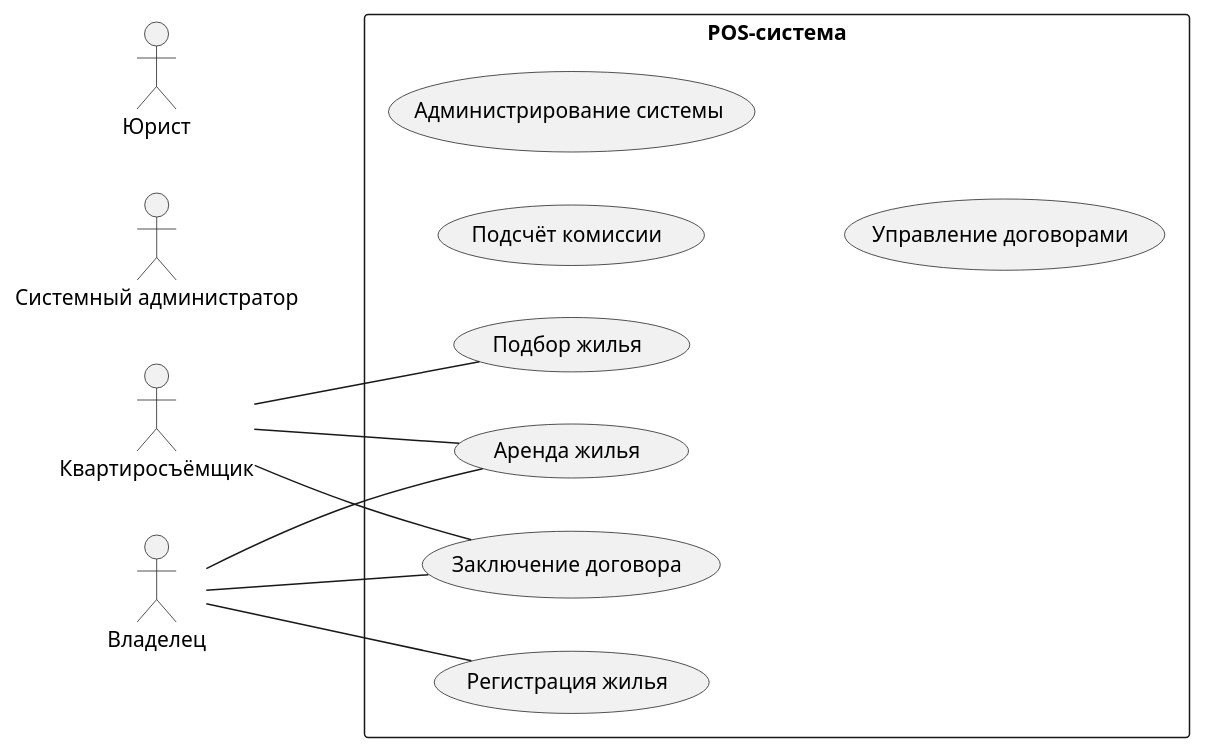
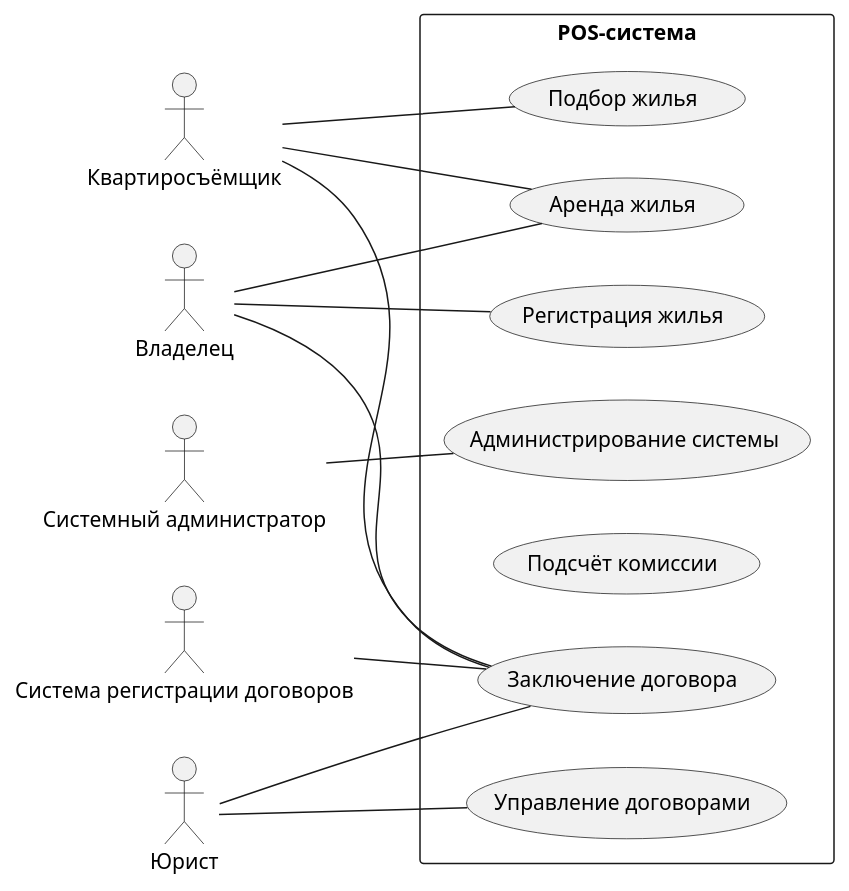
Before and after one commit to penamarth/bsbo-01-22_team4_var8: the diagram in Diagrama_precedent.md, drawn with PlantUML.

Commit message:
Add system-administrator, lawyer, system of registration

````diff
--- a/Diagrama_precedent.md
+++ b/Diagrama_precedent.md
@@ -1,29 +1,35 @@
 ```plantuml
 @startuml
 skinparam packageStyle rect
 left to right direction
 :Квартиросъёмщик:
 :Владелец:
 :Системный администратор:
 :Юрист:
 
 package POS-система {
 (Подбор жилья)
 (Регистрация жилья)
 (Аренда жилья)
 (Заключение договора)
 (Подсчёт комиссии)
 (Администрирование системы)
 (Управление договорами)
 }
 
 :Квартиросъёмщик: -- (Подбор жилья)
 :Квартиросъёмщик: -- (Аренда жилья)
 :Квартиросъёмщик: -- (Заключение договора)
 
 :Владелец: -- (Регистрация жилья)
 :Владелец: -- (Аренда жилья)
 :Владелец: -- (Заключение договора)
 
+:Системный администратор: -- (Администрирование системы)
+
+:Юрист: -- (Управление договорами)
+:Юрист: -- (Заключение договора)
+
+:Система регистрации договоров: -- (Заключение договора)
 @enduml
 ```
````
